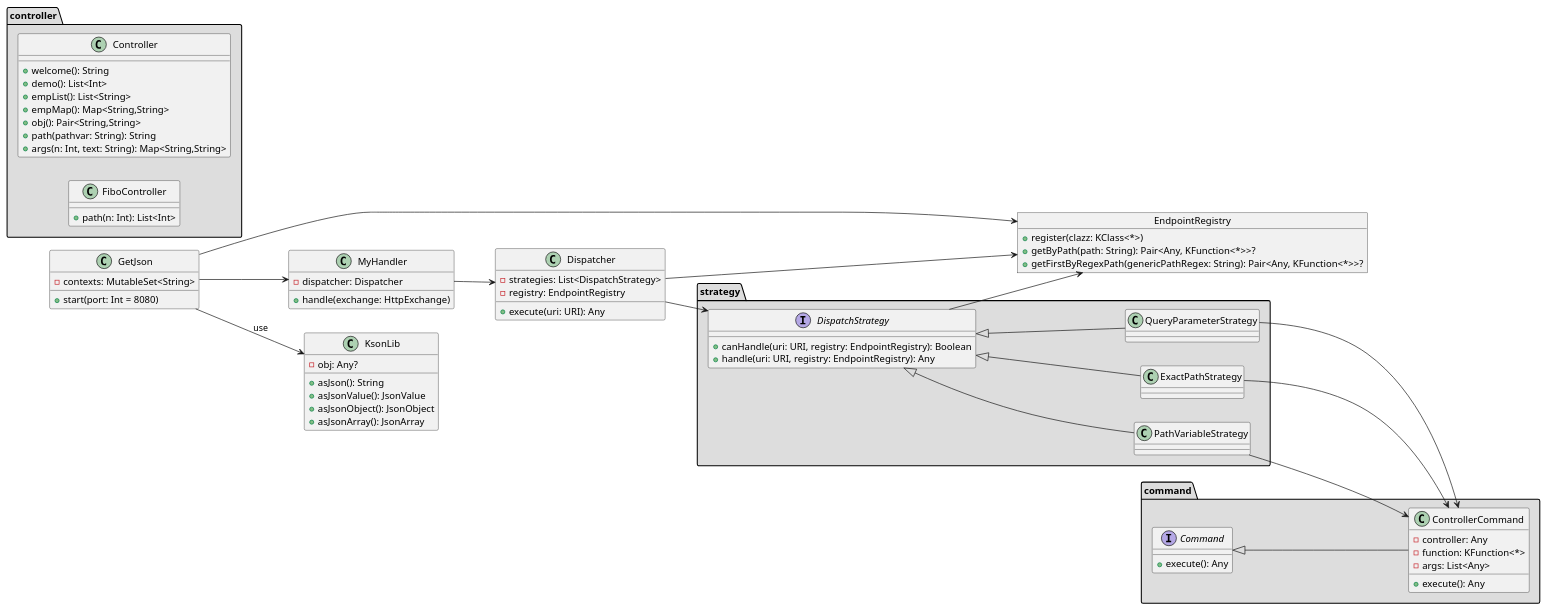
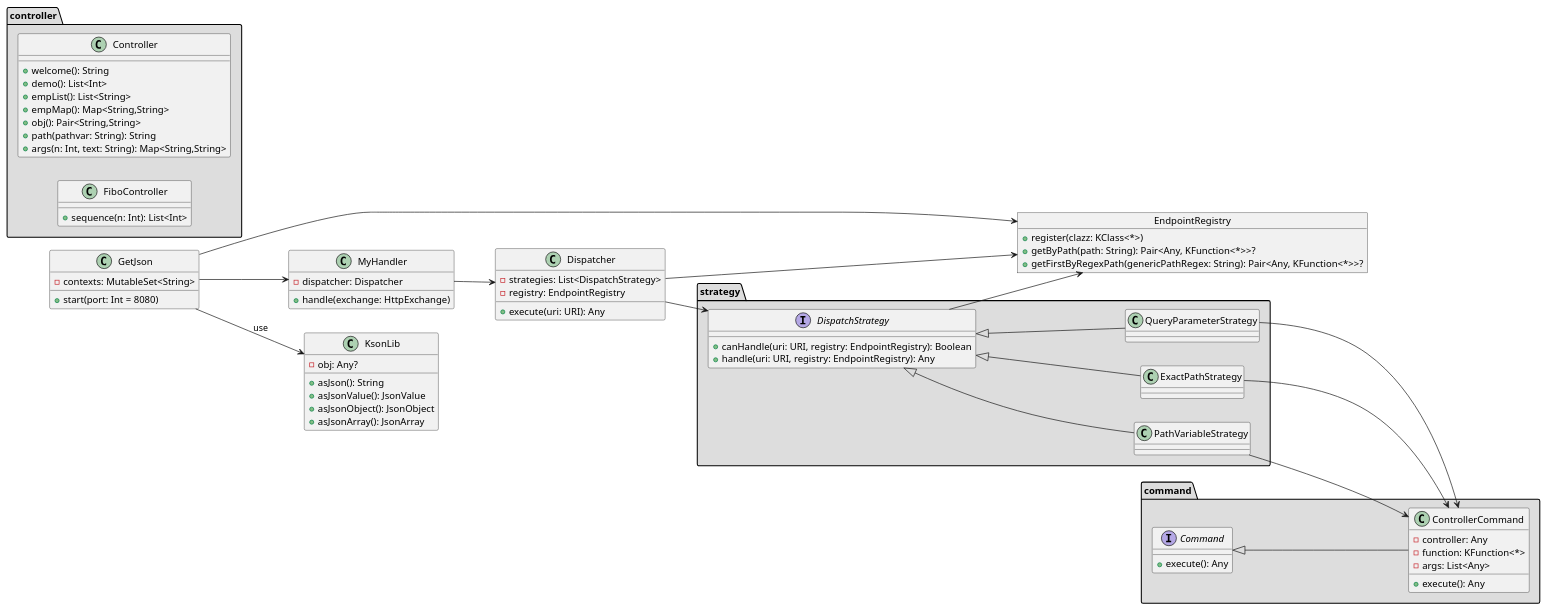
Before and after one commit to marcosduchinski/getjson: the diagram in src/main/kotlin/class_diagram.puml, drawn with PlantUML. The commit also changed 1 other file, not shown here.

Commit message:
changing the name from path to sequence. Update the UML model

```diff
--- a/src/main/kotlin/class_diagram.puml
+++ b/src/main/kotlin/class_diagram.puml
@@ -1,97 +1,97 @@
 @startuml
 left to right direction
 
 ' ==== PACKAGES ====
 package "controller" #DDDDDD {
   class Controller {
     +welcome(): String
     +demo(): List<Int>
     +empList(): List<String>
     +empMap(): Map<String,String>
     +obj(): Pair<String,String>
     +path(pathvar: String): String
     +args(n: Int, text: String): Map<String,String>
   }
 
   class FiboController {
-    +path(n: Int): List<Int>
+    +sequence(n: Int): List<Int>
   }
 }
 
 package "command" #DDDDDD {
   interface Command {
     +execute(): Any
   }
 
   class ControllerCommand {
     -controller: Any
     -function: KFunction<*>
     -args: List<Any>
     +execute(): Any
   }
 
   Command <|-- ControllerCommand
 }
 
 package "strategy" #DDDDDD {
   interface DispatchStrategy {
     +canHandle(uri: URI, registry: EndpointRegistry): Boolean
     +handle(uri: URI, registry: EndpointRegistry): Any
   }
 
   class ExactPathStrategy
   class PathVariableStrategy
   class QueryParameterStrategy
 
   DispatchStrategy <|-- ExactPathStrategy
   DispatchStrategy <|-- PathVariableStrategy
   DispatchStrategy <|-- QueryParameterStrategy
 }
 
   class Dispatcher {
     -strategies: List<DispatchStrategy>
     -registry: EndpointRegistry
     +execute(uri: URI): Any
   }
 
   object EndpointRegistry {
     +register(clazz: KClass<*>)
     +getByPath(path: String): Pair<Any, KFunction<*>>?
     +getFirstByRegexPath(genericPathRegex: String): Pair<Any, KFunction<*>>?
   }
 
   class GetJson {
     -contexts: MutableSet<String>
     +start(port: Int = 8080)
   }
 
   class MyHandler {
     -dispatcher: Dispatcher
     +handle(exchange: HttpExchange)
   }
 
   class KsonLib {
     -obj: Any?
     +asJson(): String
     +asJsonValue(): JsonValue
     +asJsonObject(): JsonObject
     +asJsonArray(): JsonArray
   }
 
 
 
 
 ' ==== RELATIONSHIPS ====
 Dispatcher --> DispatchStrategy
 Dispatcher --> EndpointRegistry
 DispatchStrategy --> EndpointRegistry
 ExactPathStrategy --> ControllerCommand
 PathVariableStrategy --> ControllerCommand
 QueryParameterStrategy --> ControllerCommand
 GetJson --> EndpointRegistry
 GetJson --> MyHandler
 MyHandler --> Dispatcher
 GetJson --> KsonLib : use
 GetJson.MyHandler --> Dispatcher
 
 @enduml
```
